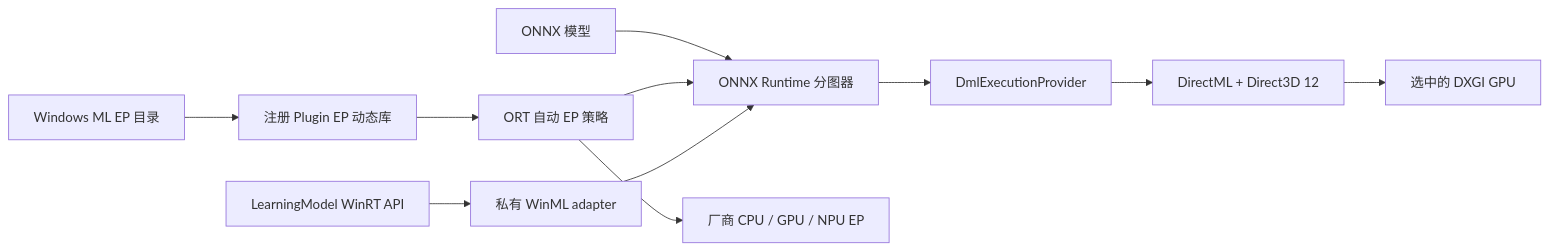
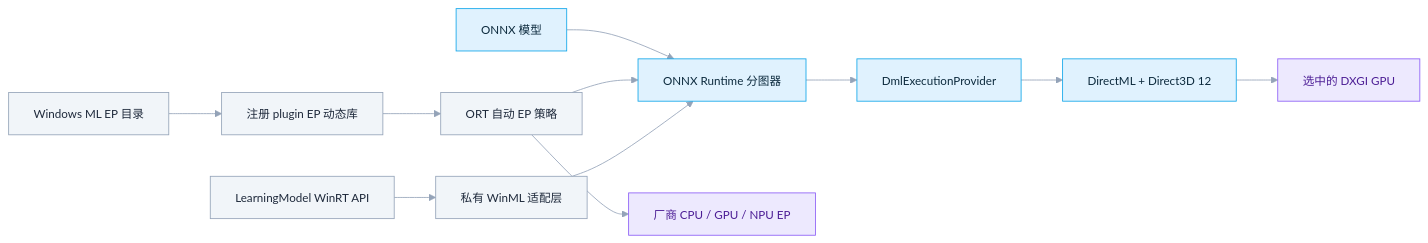
One commit to DakeQQ/Tutorial-ONNX-Runtime-Execution-Providers changed the fourth of 12 diagrams in DirectML/README.zh-CN.md. Above: the diagram before and after it, drawn with Mermaid. The commit also changed other lines of this file and 15 other files, not shown here.

````diff
--- a/DirectML/README.zh-CN.md
+++ b/DirectML/README.zh-CN.md
@@ -102,15 +141,20 @@
 ```mermaid
+%%{init: {"theme":"base","themeVariables":{"fontSize":"14px","lineColor":"#94a3b8","edgeLabelBackground":"#e2e8f0","primaryTextColor":"#1e293b"}}}%%
 flowchart LR
     MODEL["ONNX 模型"] --> ORT["ONNX Runtime 分图器"]
     ORT --> DML["DmlExecutionProvider"]
     DML --> D3D["DirectML + Direct3D 12"]
     D3D --> GPU["选中的 DXGI GPU"]
-
-    CATALOG["Windows ML EP 目录"] --> REG["注册 Plugin EP 动态库"]
+    CATALOG["Windows ML EP 目录"] --> REG["注册 plugin EP 动态库"]
     REG --> AUTO["ORT 自动 EP 策略"]
     AUTO --> ORT
     AUTO --> VENDOR["厂商 CPU / GPU / NPU EP"]
-
-    LEGACY["LearningModel WinRT API"] --> ADAPTER["私有 WinML adapter"]
+    LEGACY["LearningModel WinRT API"] --> ADAPTER["私有 WinML 适配层"]
     ADAPTER --> ORT
+    classDef step fill:#e0f2fe,stroke:#0ea5e9,color:#0c2a3d;
+    classDef dev fill:#ede9fe,stroke:#8b5cf6,color:#4c1d95;
+    classDef note fill:#f1f5f9,stroke:#94a3b8,color:#1e293b;
+    class MODEL,ORT,DML,D3D step;
+    class GPU,VENDOR dev;
+    class CATALOG,REG,AUTO,LEGACY,ADAPTER note;
 ```
````
